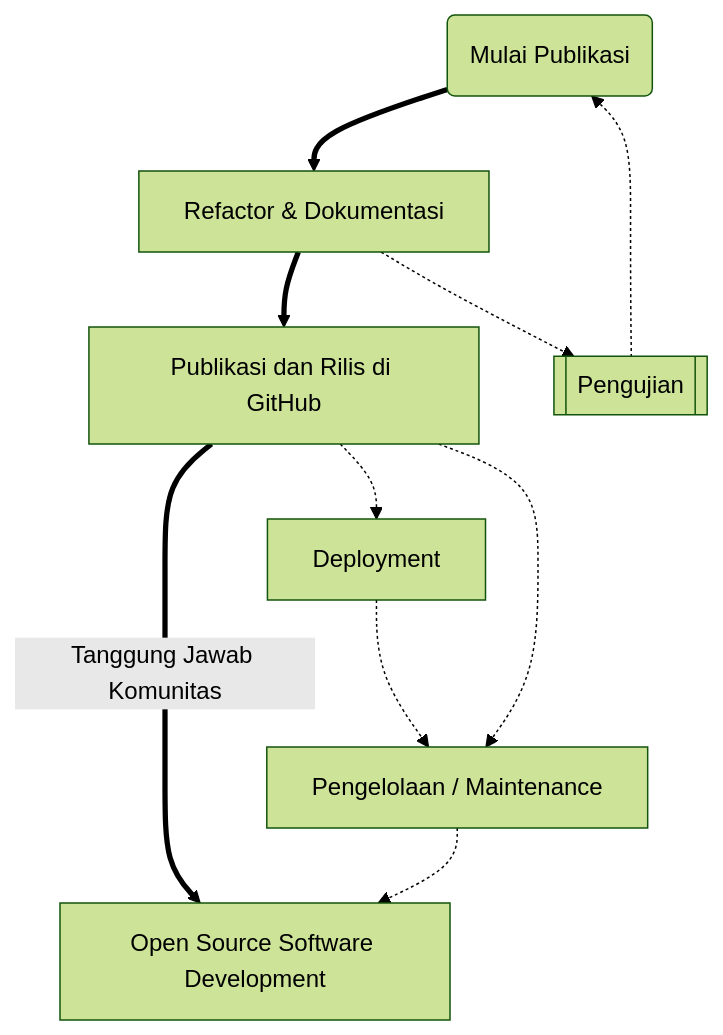
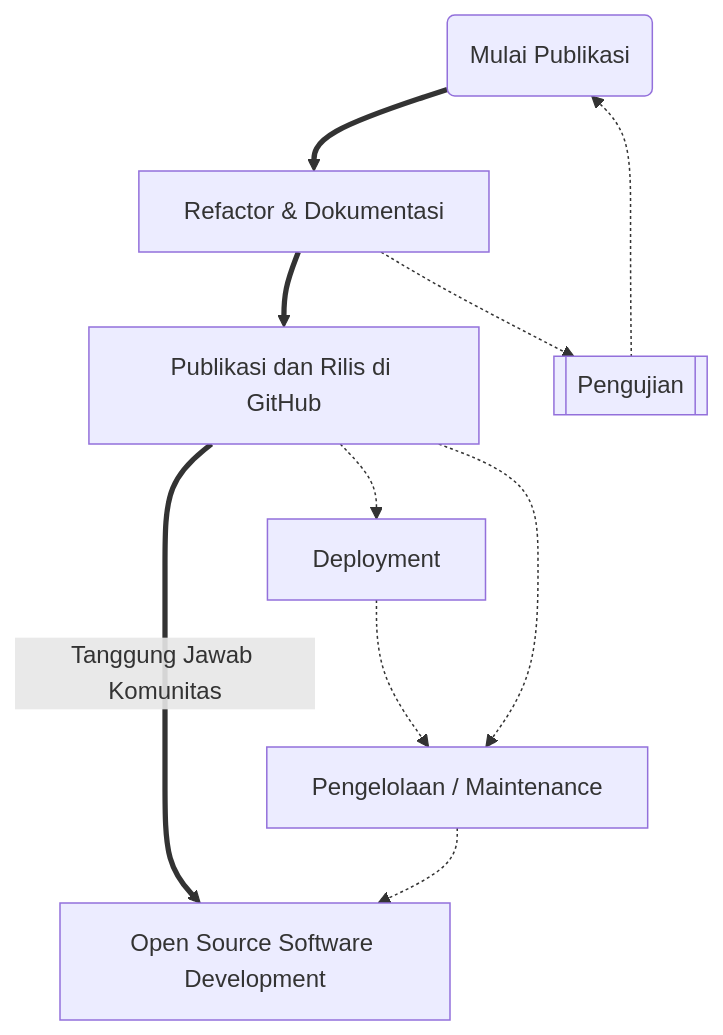
Before and after one commit to fiakoengineering/manual: the third of 5 diagrams in hidrokit/webapps-rainfall.qmd, drawn with Mermaid. The commit also changed other lines of this file and 7 other files, not shown here.

````diff
--- a/hidrokit/webapps-rainfall.qmd
+++ b/hidrokit/webapps-rainfall.qmd
@@ -306,25 +304,24 @@
 ```{mermaid}
 %%| label: fig-publish-apps
 %%| fig-cap: Gambaran publikasi dan rilis aplikasi.
 %%| fig-align: center
-%%{ init: { 'flowchart': { 'curve': 'bump'}, 'theme': 'forest' } }%%
 flowchart TD
     publikasi(Mulai Publikasi)
     pengujian[[Pengujian]]
     refactor["Refactor & Dokumentasi"]
     publish["Publikasi dan Rilis di GitHub"]
     osdev["Open Source Software Development"]
     deploy["Deployment"]
     maintain["Pengelolaan / Maintenance"]
 
     publikasi ==> refactor
     refactor ==> publish
     refactor -.-> pengujian
     pengujian -.-> publikasi
     publish == "Tanggung Jawab Komunitas" ====> osdev
     publish -.-> deploy
     deploy -.-> maintain
     publish -.-> maintain
     maintain -.-> osdev
 
 ```
````
